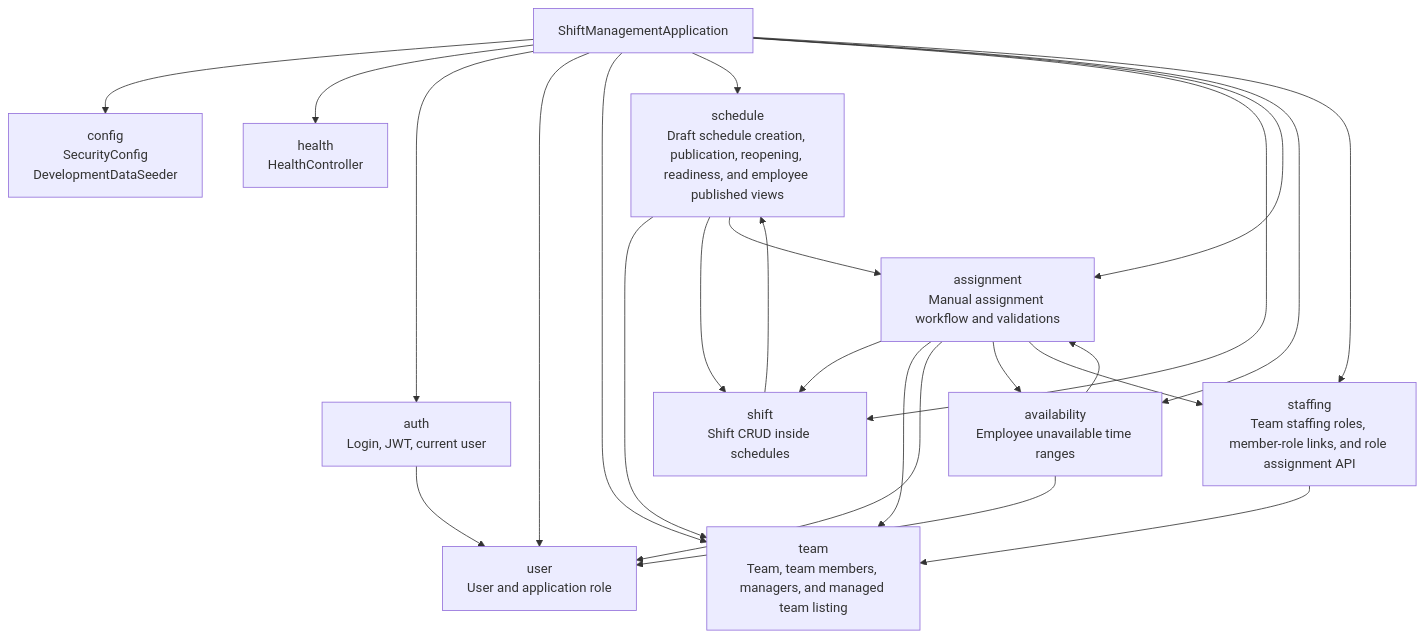
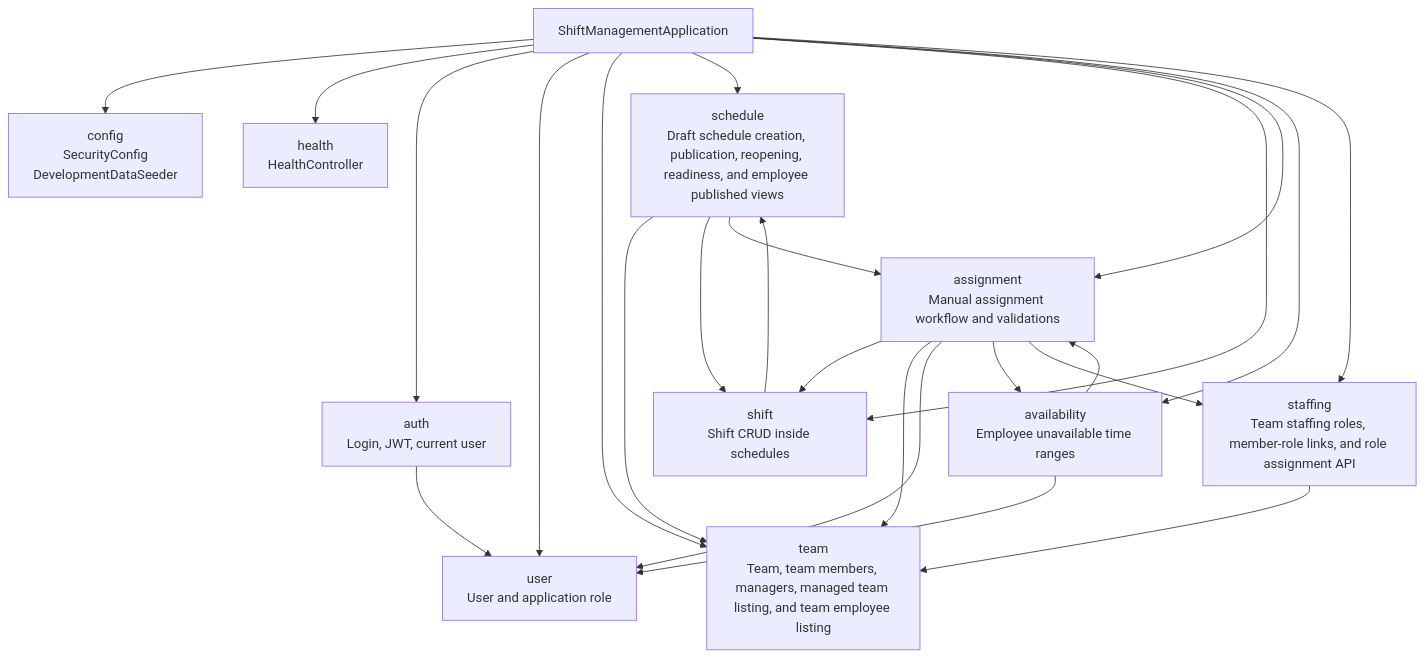
The second of 14 diagrams in docs/current-backend-architecture.md (HiliMor/shift-management-system), drawn with Mermaid before and after one commit. The commit also changed other lines of this file and 11 other files, not shown here.

````diff
--- a/docs/current-backend-architecture.md
+++ b/docs/current-backend-architecture.md
@@ -53,40 +57,40 @@
 ```mermaid
 flowchart TD
     app["ShiftManagementApplication"]
 
     config["config<br/>SecurityConfig<br/>DevelopmentDataSeeder"]
     health["health<br/>HealthController"]
     auth["auth<br/>Login, JWT, current user"]
     user["user<br/>User and application role"]
-    team["team<br/>Team, team members, managers, and managed team listing"]
+    team["team<br/>Team, team members, managers, managed team listing, and team employee listing"]
     schedule["schedule<br/>Draft schedule creation, publication, reopening, readiness, and employee published views"]
     shift["shift<br/>Shift CRUD inside schedules"]
     assignment["assignment<br/>Manual assignment workflow and validations"]
     availability["availability<br/>Employee unavailable time ranges"]
     staffing["staffing<br/>Team staffing roles, member-role links, and role assignment API"]
 
     app --> config
     app --> health
     app --> auth
     app --> user
     app --> team
     app --> schedule
     app --> shift
     app --> assignment
     app --> availability
     app --> staffing
 
     auth --> user
     schedule --> team
     schedule --> shift
     schedule --> assignment
     shift --> schedule
     assignment --> shift
     assignment --> team
     assignment --> user
     assignment --> availability
     assignment --> staffing
     availability --> user
     availability --> assignment
     staffing --> team
 ```
````
